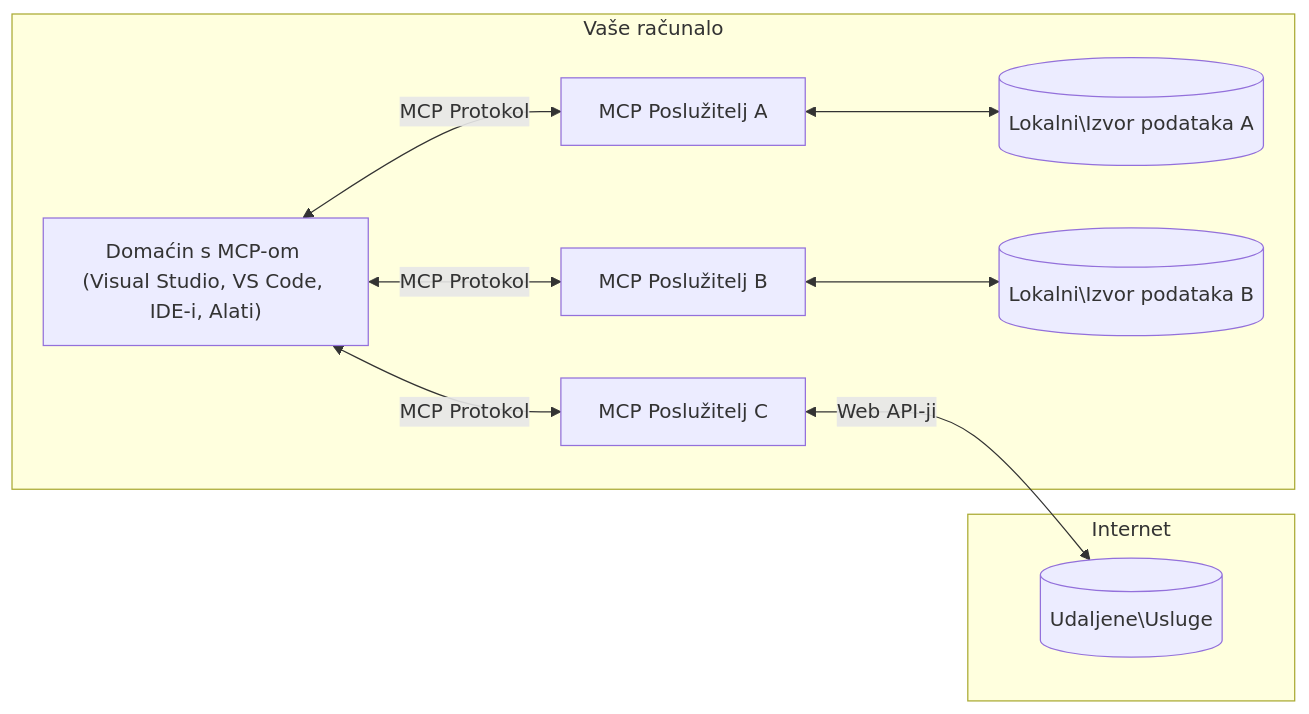
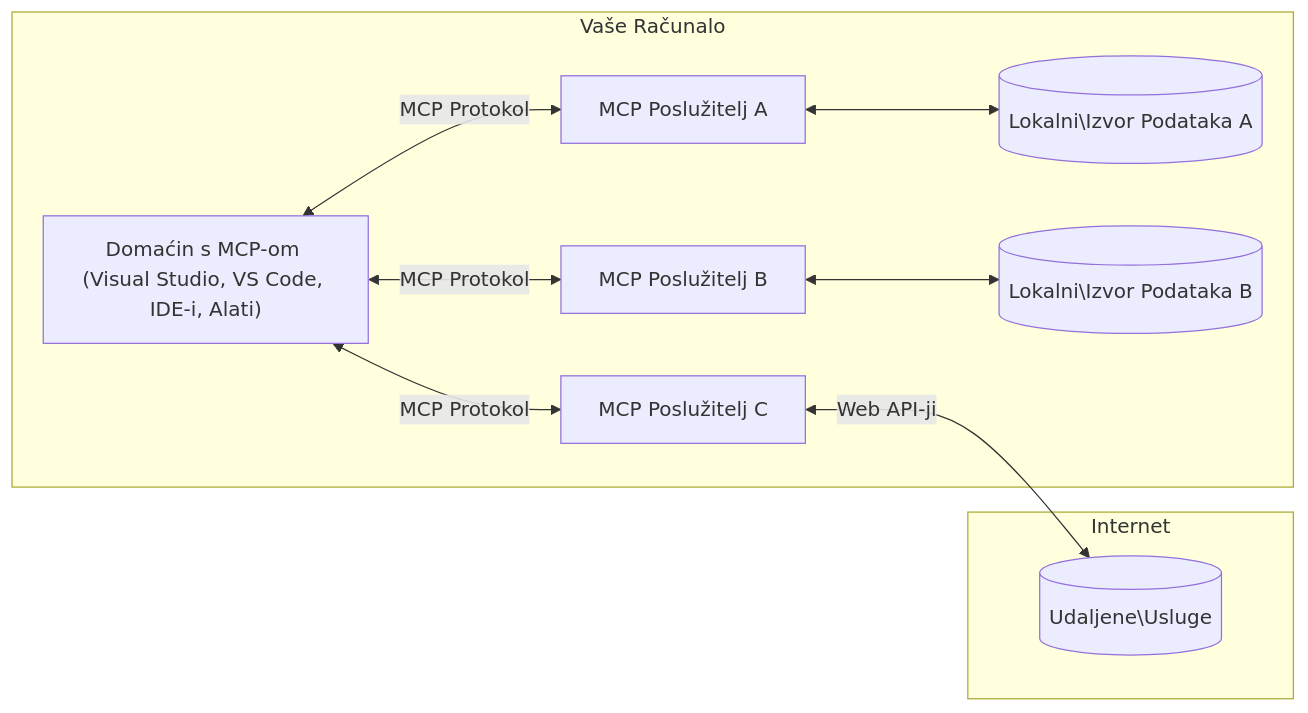
Before and after one commit to Mu-L/mcp-for-beginners: the diagram in translations/hr/01-CoreConcepts/README.md, drawn with Mermaid. The commit also changed other lines of this file and 110 other files, not shown here.

````diff
--- a/translations/hr/01-CoreConcepts/README.md
+++ b/translations/hr/01-CoreConcepts/README.md
@@ -45,17 +45,17 @@
 ```mermaid
 flowchart LR
-    subgraph "Vaše računalo"
+    subgraph "Vaše Računalo"
         Host["Domaćin s MCP-om (Visual Studio, VS Code, IDE-i, Alati)"]
         S1["MCP Poslužitelj A"]
         S2["MCP Poslužitelj B"]
         S3["MCP Poslužitelj C"]
         Host <-->|"MCP Protokol"| S1
         Host <-->|"MCP Protokol"| S2
         Host <-->|"MCP Protokol"| S3
-        S1 <--> D1[("Lokalni\Izvor podataka A")]
-        S2 <--> D2[("Lokalni\Izvor podataka B")]
+        S1 <--> D1[("Lokalni\Izvor Podataka A")]
+        S2 <--> D2[("Lokalni\Izvor Podataka B")]
     end
     subgraph "Internet"
         S3 <-->|"Web API-ji"| D3[("Udaljene\Usluge")]
     end
 ```
````
